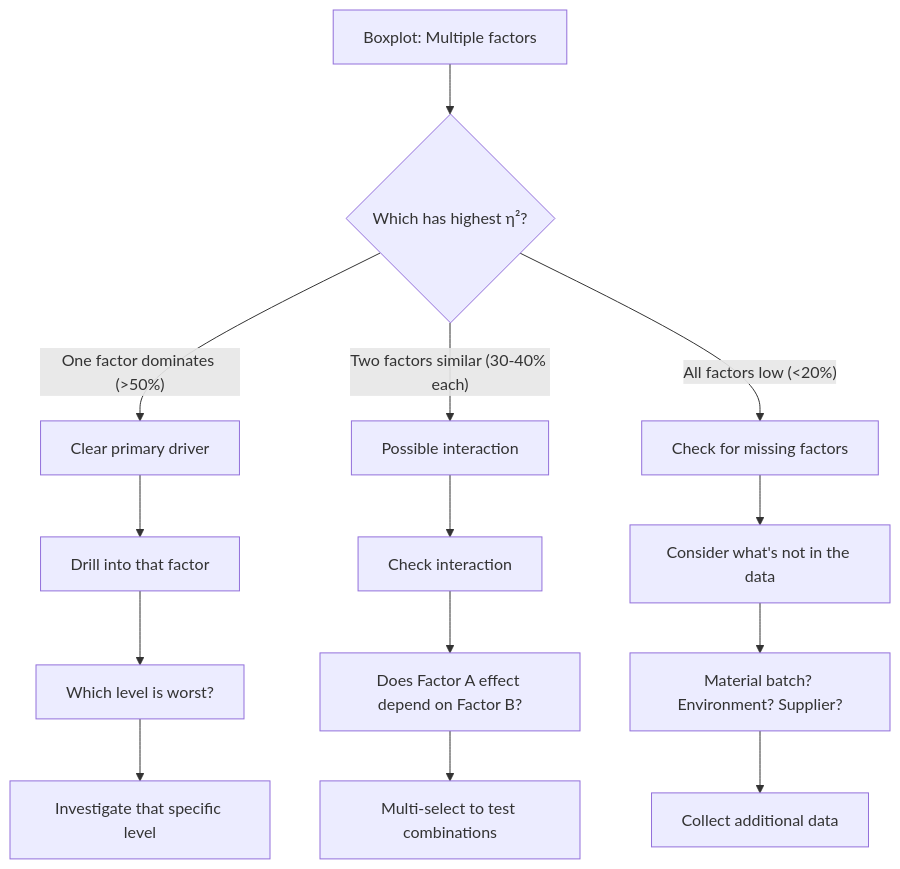
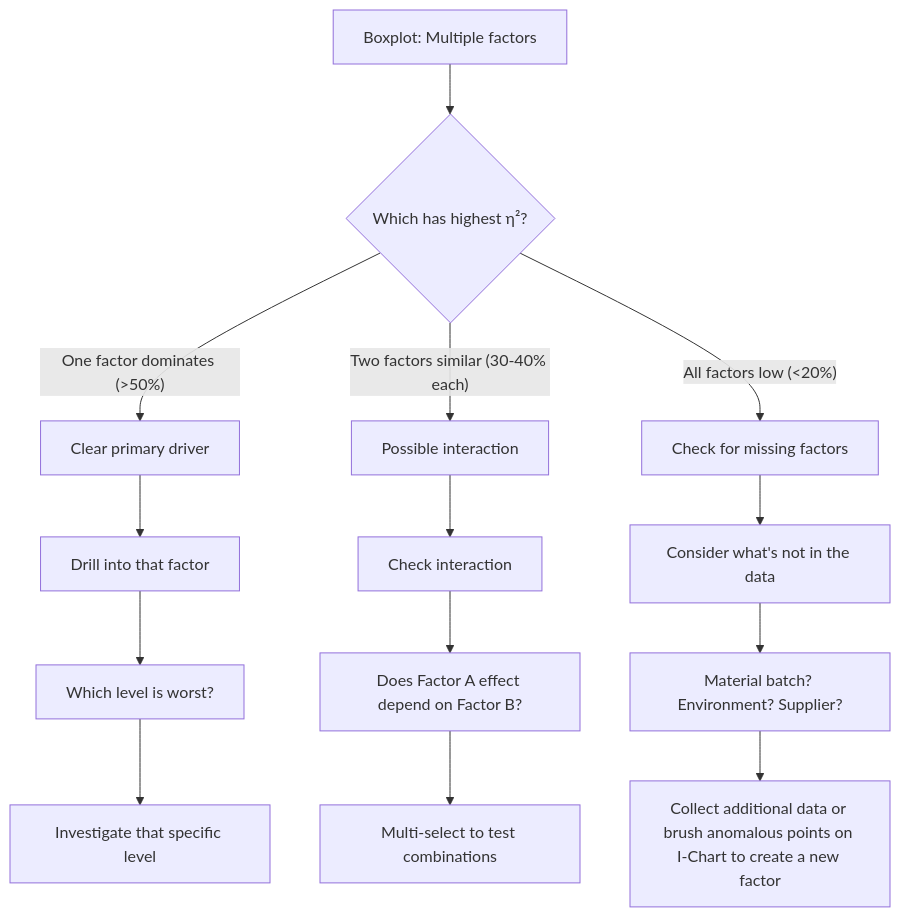
Before and after one commit to jukka-matti/variscout: the third of 7 diagrams in docs/03-features/workflows/decision-trees.md, drawn with Mermaid. The commit also changed other lines of this file and 50 other files, not shown here.

First line of the commit message:
feat: I-Chart brush selection with Create Factor workflow

````diff
--- a/docs/03-features/workflows/decision-trees.md
+++ b/docs/03-features/workflows/decision-trees.md
@@ -61,20 +64,20 @@
 ```mermaid
 flowchart TD
     A["Boxplot: Multiple factors"] --> B{Which has highest η²?}
 
     B -->|"One factor dominates (>50%)"| C[Clear primary driver]
     B -->|"Two factors similar (30-40% each)"| D[Possible interaction]
     B -->|"All factors low (<20%)"| E[Check for missing factors]
 
     C --> C1[Drill into that factor]
     C1 --> C2[Which level is worst?]
     C2 --> C3[Investigate that specific level]
 
     D --> D1[Check interaction]
     D1 --> D2[Does Factor A effect depend on Factor B?]
     D2 --> D3[Multi-select to test combinations]
 
     E --> E1[Consider what's not in the data]
     E1 --> E2[Material batch? Environment? Supplier?]
-    E2 --> E3[Collect additional data]
+    E2 --> E3[Collect additional data or brush anomalous points on I-Chart to create a new factor]
 ```
````
